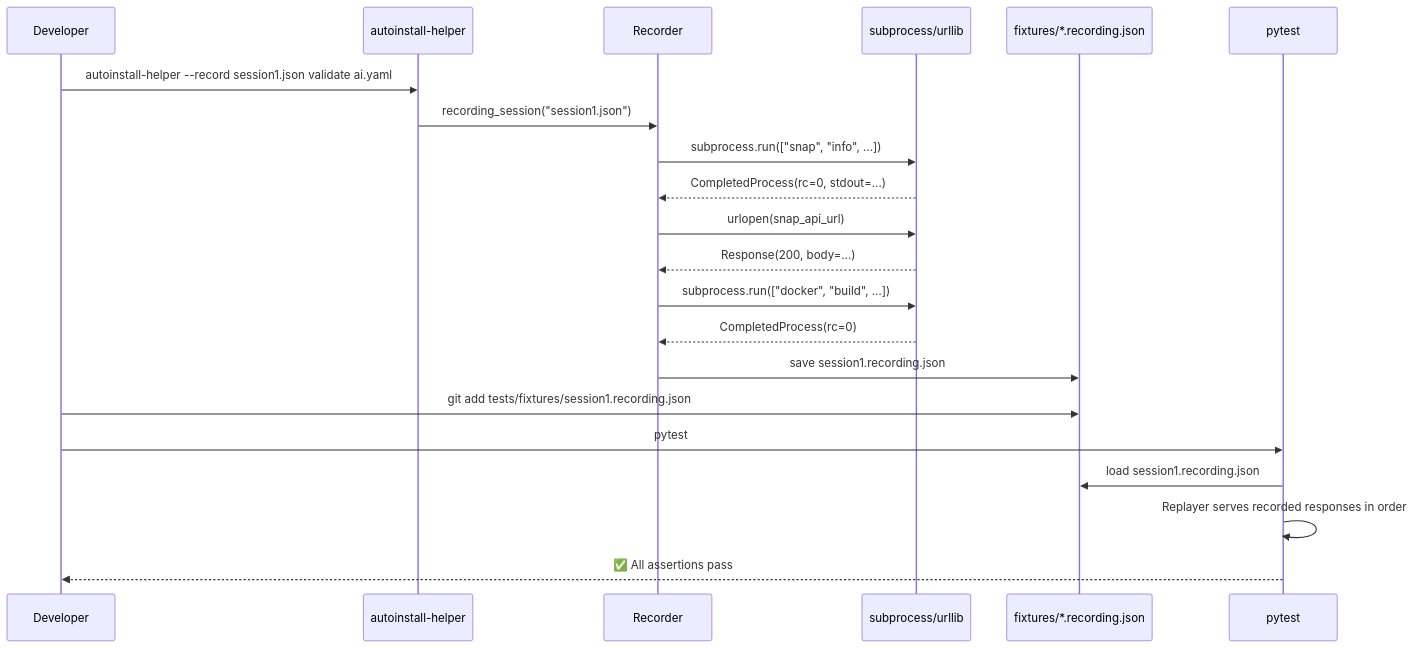
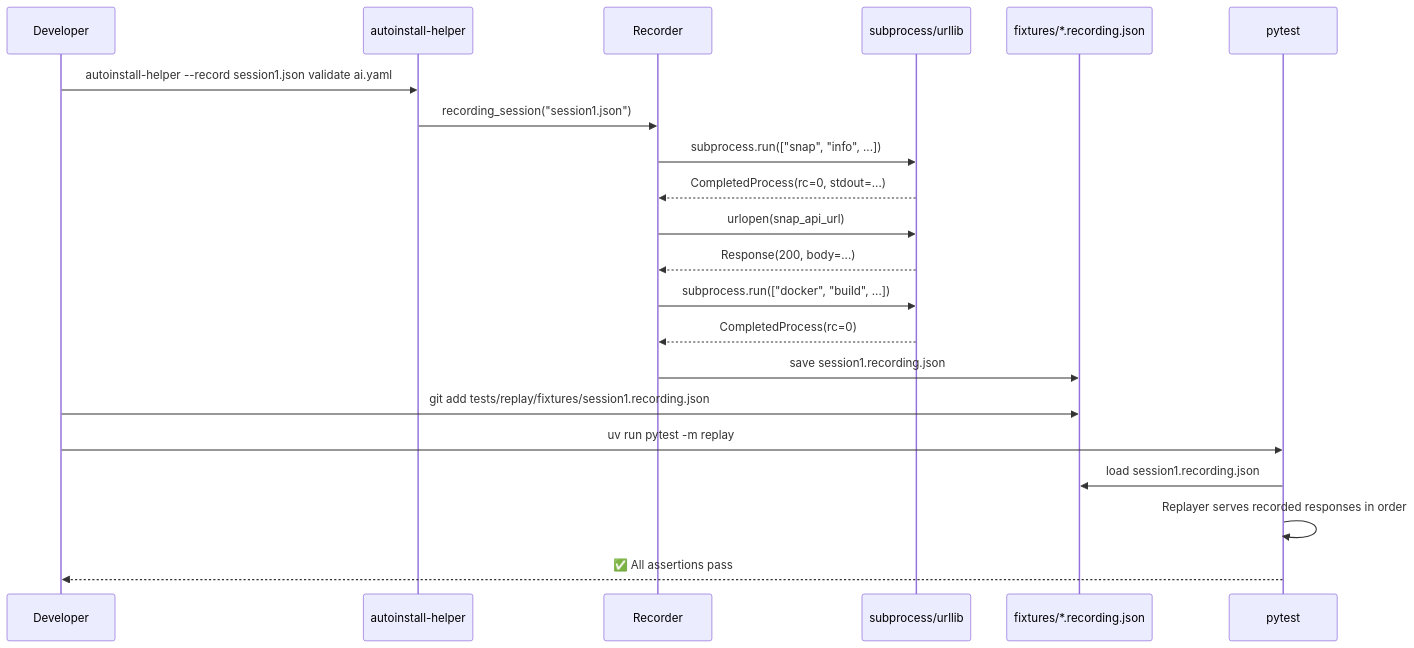
Before and after one commit to amichalowski/ubuntu-autoinstall-helper: the second of 2 diagrams in docs/design/dev-mode-recording.md, drawn with Mermaid. The commit also changed other lines of this file, not shown here.

First line of the commit message:
docs(design): expand dev-mode recording design

````diff
--- a/docs/design/dev-mode-recording.md
+++ b/docs/design/dev-mode-recording.md
@@ -375,24 +760,24 @@
 ```mermaid
 sequenceDiagram
     participant Dev as Developer
     participant CLI as autoinstall-helper
     participant REC as Recorder
     participant Tools as subprocess/urllib
     participant FS as fixtures/*.recording.json
     participant Tests as pytest
 
     Dev->>CLI: autoinstall-helper --record session1.json validate ai.yaml
     CLI->>REC: recording_session("session1.json")
     REC->>Tools: subprocess.run(["snap", "info", ...])
     Tools-->>REC: CompletedProcess(rc=0, stdout=...)
     REC->>Tools: urlopen(snap_api_url)
     Tools-->>REC: Response(200, body=...)
     REC->>Tools: subprocess.run(["docker", "build", ...])
     Tools-->>REC: CompletedProcess(rc=0)
     REC->>FS: save session1.recording.json
-    Dev->>FS: git add tests/fixtures/session1.recording.json
-    Dev->>Tests: pytest
+    Dev->>FS: git add tests/replay/fixtures/session1.recording.json
+    Dev->>Tests: uv run pytest -m replay
     Tests->>FS: load session1.recording.json
     Tests->>Tests: Replayer serves recorded responses in order
     Tests-->>Dev: ✅ All assertions pass
 ```
````
